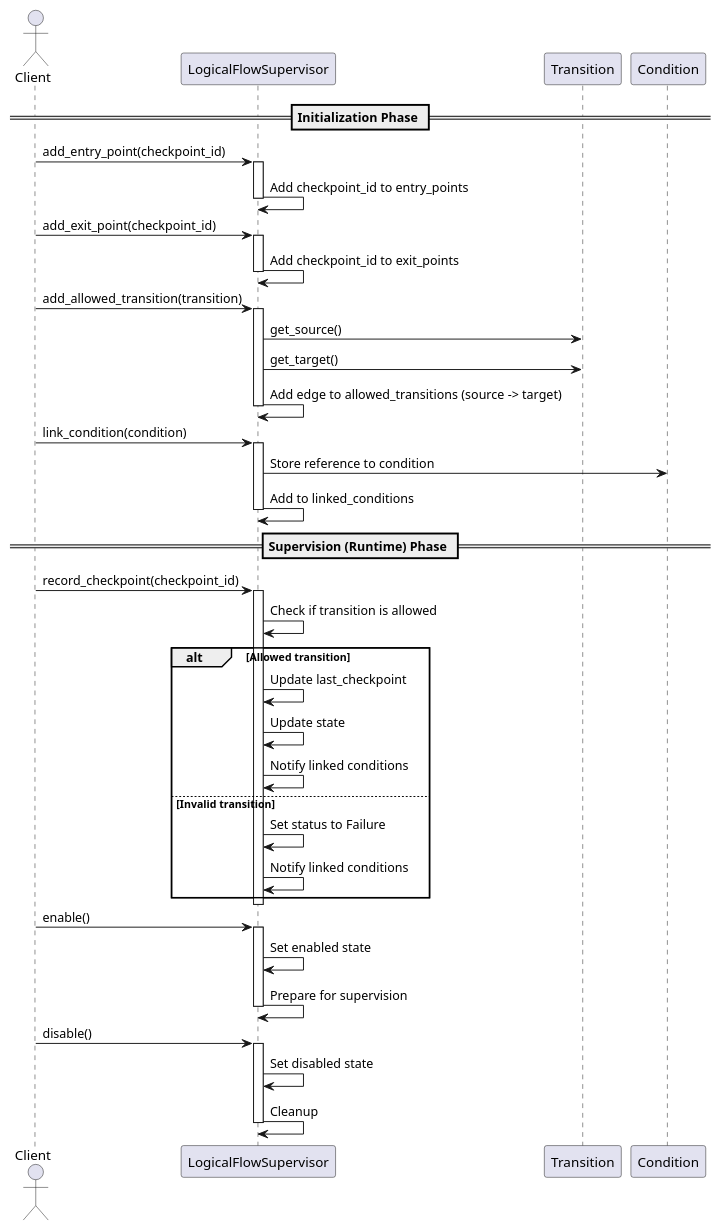
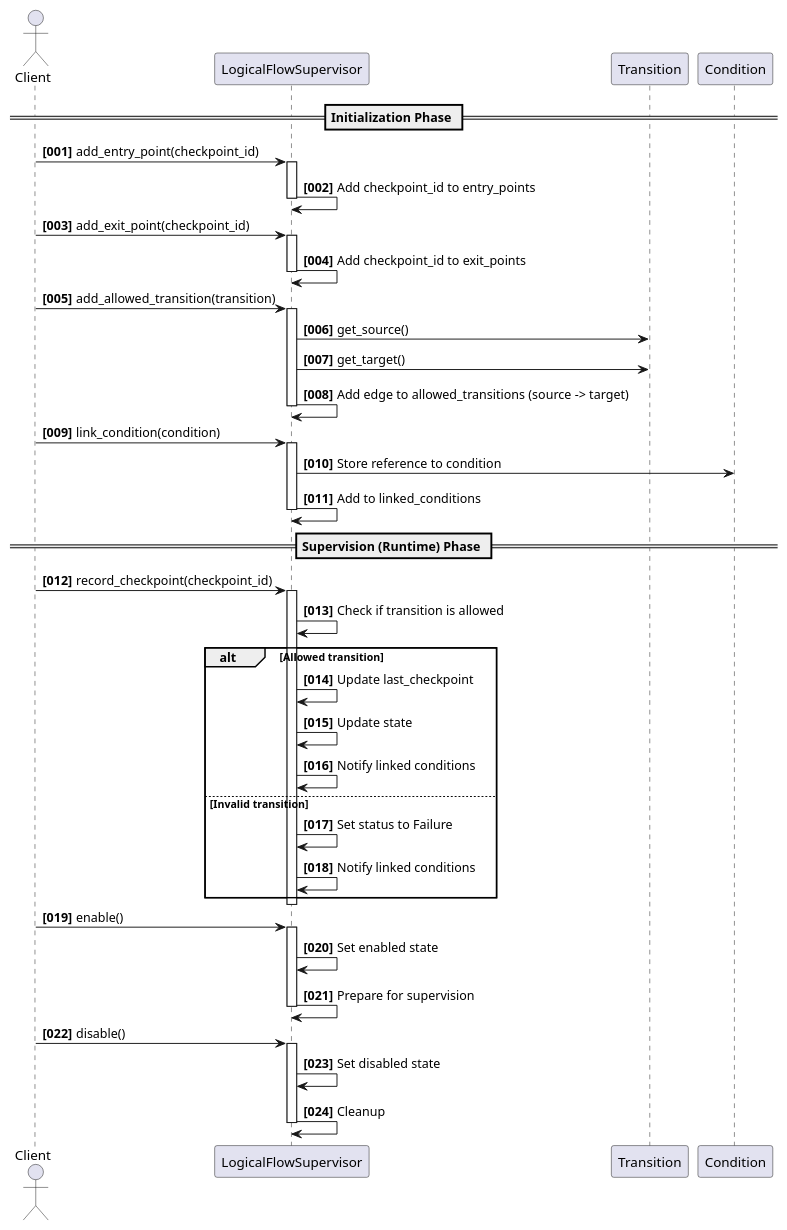
One commit to eclipse-score/score changed the diagram in docs/features/lifecycle/architecture/_assets/logical_sup.puml. Above: the diagram before and after it, drawn with PlantUML. The commit also changed 8 other files, not shown here.

```diff
--- a/docs/features/lifecycle/architecture/_assets/logical_sup.puml
+++ b/docs/features/lifecycle/architecture/_assets/logical_sup.puml
@@ -1,57 +1,58 @@
 @startuml
+autonumber "<b>[000]"
 actor "Client" as Client
 participant "LogicalFlowSupervisor" as LFS
 participant "Transition" as T
 participant "Condition" as C
 
 == Initialization Phase ==
 Client -> LFS: add_entry_point(checkpoint_id)
 activate LFS
 LFS -> LFS: Add checkpoint_id to entry_points
 deactivate LFS
 
 Client -> LFS: add_exit_point(checkpoint_id)
 activate LFS
 LFS -> LFS: Add checkpoint_id to exit_points
 deactivate LFS
 
 Client -> LFS: add_allowed_transition(transition)
 activate LFS
 LFS -> T: get_source()
 LFS -> T: get_target()
 LFS -> LFS: Add edge to allowed_transitions (source -> target)
 deactivate LFS
 
 Client -> LFS: link_condition(condition)
 activate LFS
 LFS -> C: Store reference to condition
 LFS -> LFS: Add to linked_conditions
 deactivate LFS
 
 == Supervision (Runtime) Phase ==
 Client -> LFS: record_checkpoint(checkpoint_id)
 activate LFS
 LFS -> LFS: Check if transition is allowed
 alt Allowed transition
     LFS -> LFS: Update last_checkpoint
     LFS -> LFS: Update state
     LFS -> LFS: Notify linked conditions
 else Invalid transition
     LFS -> LFS: Set status to Failure
     LFS -> LFS: Notify linked conditions
 end
 deactivate LFS
 
 Client -> LFS: enable()
 activate LFS
 LFS -> LFS: Set enabled state
 LFS -> LFS: Prepare for supervision
 deactivate LFS
 
 Client -> LFS: disable()
 activate LFS
 LFS -> LFS: Set disabled state
 LFS -> LFS: Cleanup
 deactivate LFS
 
 @enduml
```
